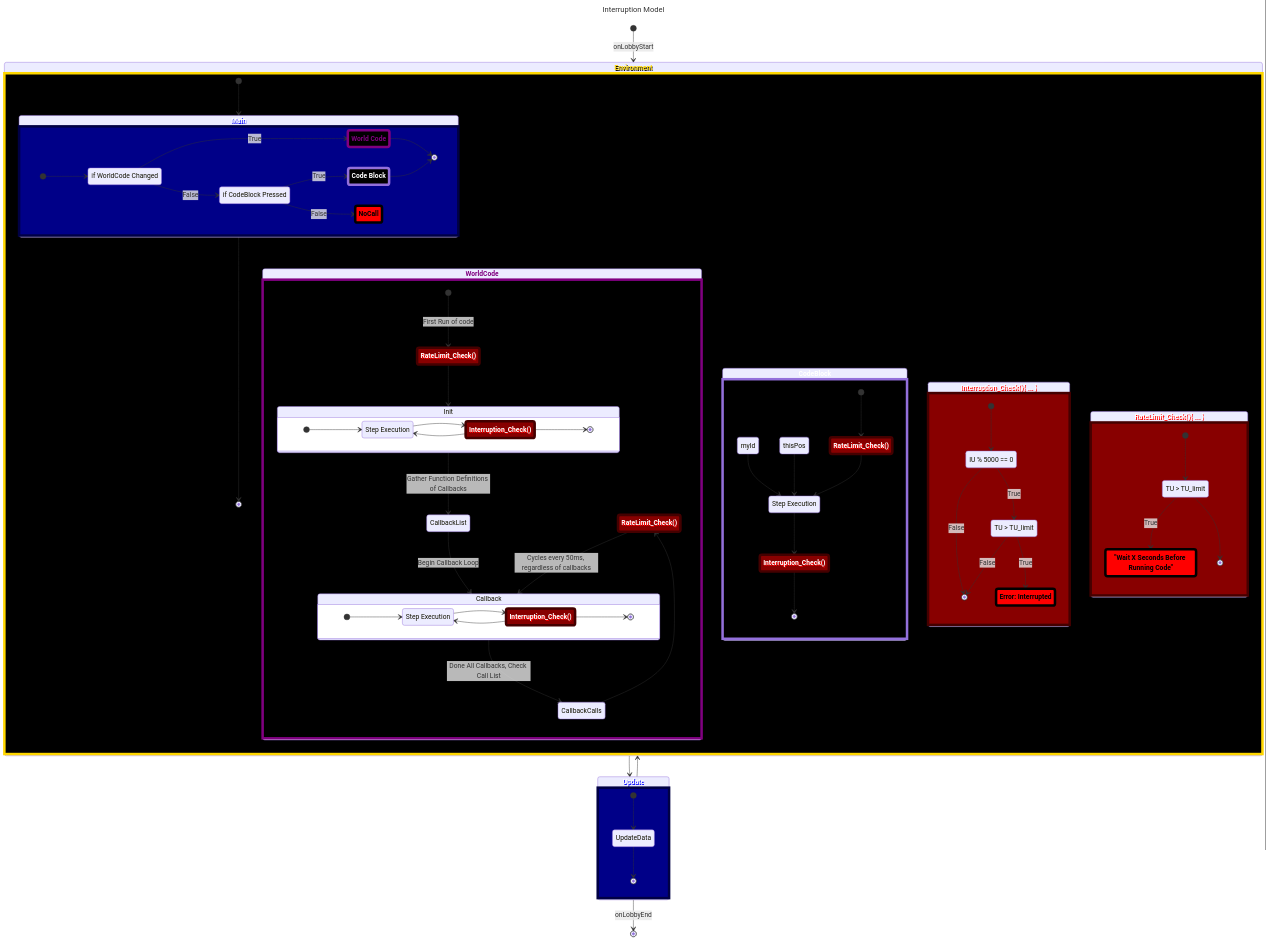
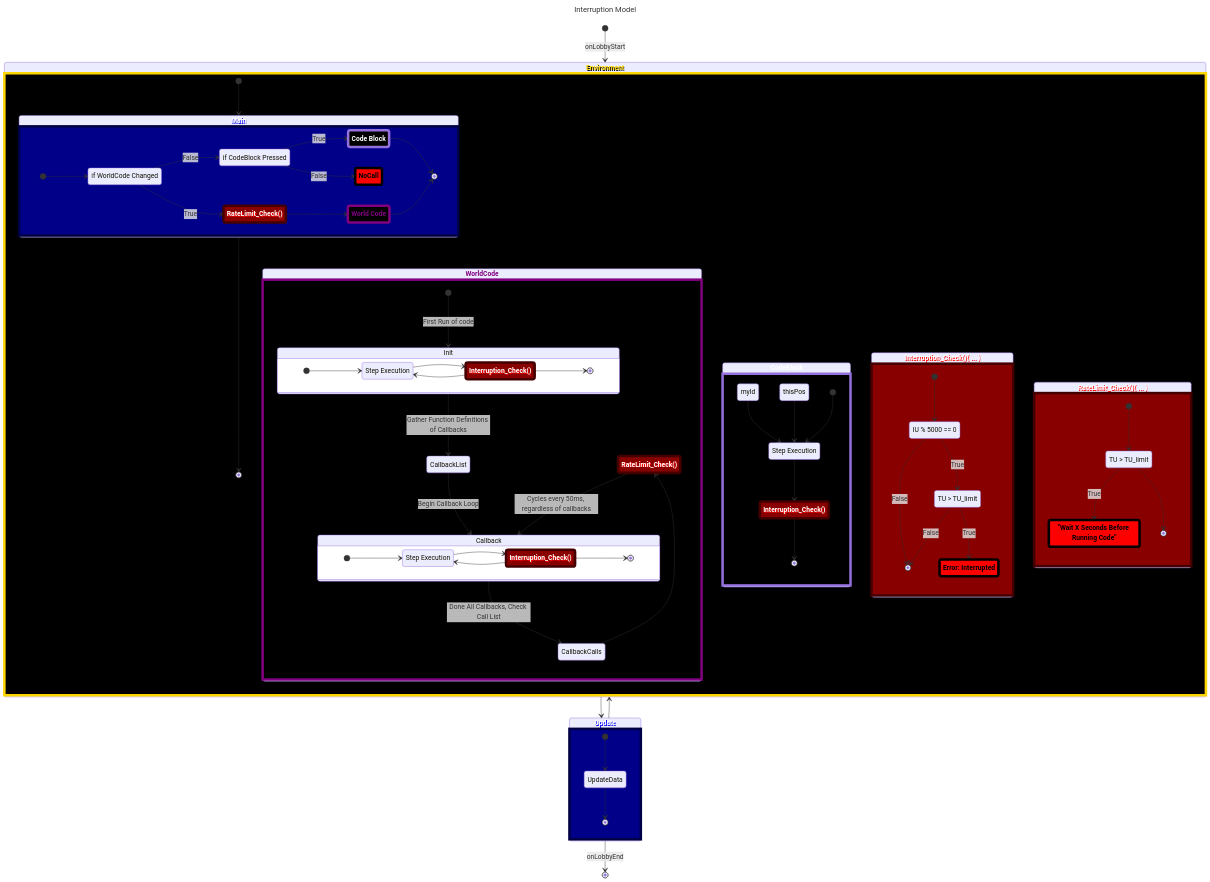
The diagram in README.md (GlitchHunterCoder/GlitchHunterCoder), drawn with Mermaid before and after one commit. The commit also changed other lines of this file, not shown here.

```diff
--- a/README.md
+++ b/README.md
@@ -39,7 +37,7 @@
 ---
 title: Interruption Model
 ---
-stateDiagram-v2
+stateDiagram
   classDef Halt fill:#f00,color:white,font-weight:bold,stroke-width:2px,stroke:black
   classDef WorldCodeStyle fill:#000,color:purple,font-weight:bold,stroke-width:6px,stroke:purple
   classDef CodeBlockStyle fill:#000,color:white,font-weight:bold,stroke-width:6px,stroke:#gray
@@ -51,7 +49,7 @@
   class WorldCode, WC WorldCodeStyle
   class CodeBlock, CB CodeBlockStyle
   class Activate, Update, Start, End BloxdLoadStyle
-  class RateLimit, Interruption, Int_CB, Int_C, Int_I, Rate_C, Rate_I, Rate_CB ErrorStyle
+  class RateLimit, Interruption, Int_CB, Int_C, Int_I, Rate_WC, Rate_C ErrorStyle
   class DontRun, StopCode, NoCall FatalErrorStyle
   class Env EnvStyle
 
@@ -69,12 +67,14 @@
       if_WC_A: if WorldCode Changed
       if_CB_A: if CodeBlock Pressed
       [*] --> if_WC_A
-      if_WC_A --> WC: True
+      if_WC_A --> Rate_WC: True
       if_WC_A --> if_CB_A: False
       if_CB_A --> CB: True
       CB: Code Block
       if_CB_A --> NoCall: False
+      Rate_WC --> WC
       WC: World Code
+      Rate_WC: RateLimit_Check()
       CB --> [*]
       WC --> [*]
     }
@@ -83,9 +83,7 @@
     
     state WorldCode {
       Rate_C: RateLimit_Check()
-      Rate_I: RateLimit_Check()
-      [*] --> Rate_I: First Run of code
-      Rate_I --> Init
+      [*] --> Init: First Run of code
       Init --> CallbackList: Gather Function Definitions of Callbacks
       CallbackList --> Callback: Begin Callback Loop
       Callback --> CallbackCalls: Done All Callbacks, Check Call List
@@ -114,12 +112,10 @@
     }
 
     state CodeBlock {
-      Rate_CB: RateLimit_Check()
       myId --> Step_CB
       thisPos --> Step_CB
       Step_CB: Step Execution
-      [*] --> Rate_CB
-      Rate_CB --> Step_CB
+      [*] --> Step_CB
       Step_CB --> Int_CB
       Int_CB: Interruption_Check()
       Int_CB --> [*]
```
